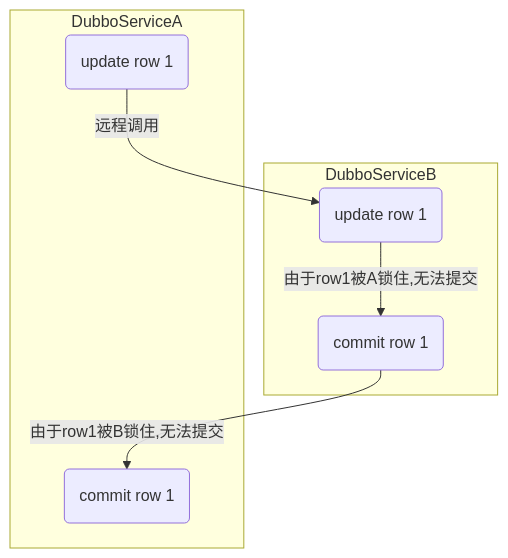
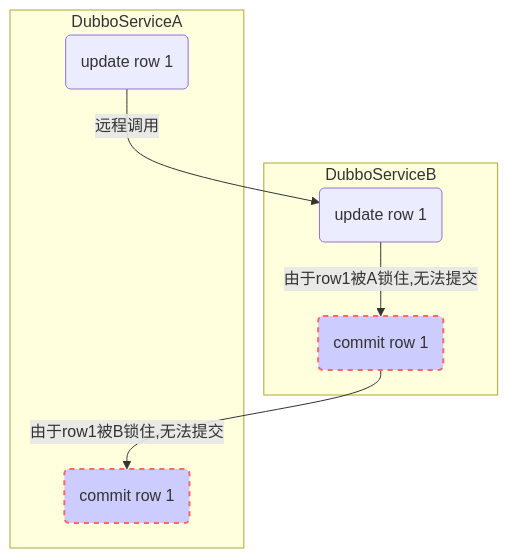
One commit to zhudongdong/docs changed the diagram in dubbo/服务治理问题案例.md. Above: the diagram before and after it, drawn with Mermaid. The commit also changed other lines of this file, not shown here.

Commit message:
Uploaded by https://stackedit.io/

````diff
--- a/dubbo/服务治理问题案例.md
+++ b/dubbo/服务治理问题案例.md
@@ -3,16 +3,20 @@
 ```mermaid
 graph TB
 
 subgraph DubboServiceB
 c(update row 1)
 d(commit row 1)
 end
 subgraph DubboServiceA
 a(update row 1)
 b(commit row 1)
 
 a --远程调用--> c
 d --由于row1被B锁住,无法提交--> b
 c --由于row1被A锁住,无法提交--> d
+
+style d fill:#ccf,stroke:#f66,stroke-width:2px,stroke-dasharray: 5, 5
+style b fill:#ccf,stroke:#f66,stroke-width:2px,stroke-dasharray: 5, 5
+
 end
 ```
````
